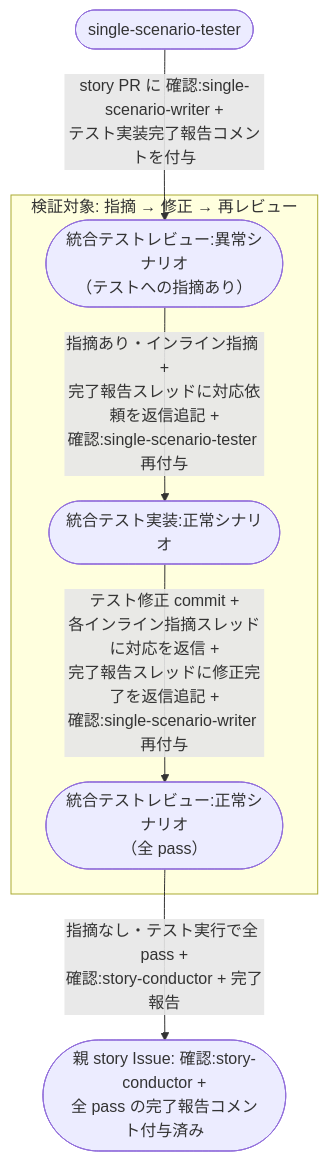
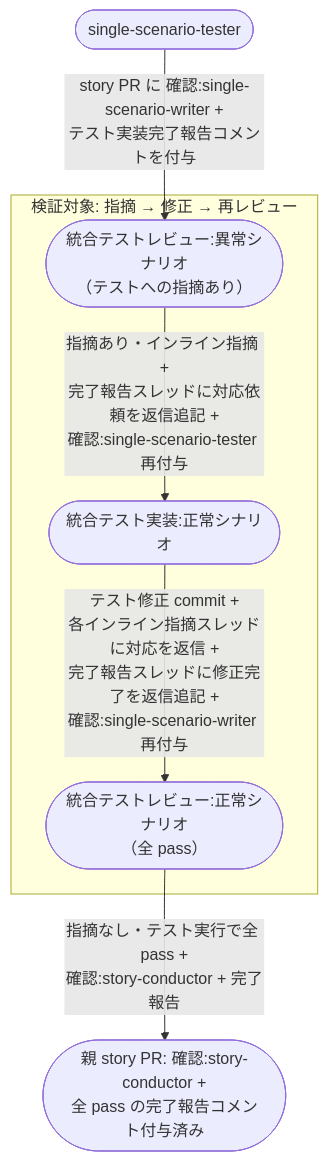
The diagram in docs/wiki/設計図/シナリオ/複合ユースケース/統合テストレビュー指摘からの修正.md (shuhei1101/ai-monitor), drawn with Mermaid before and after one commit. The commit also changed other lines of this file and 256 other files, not shown here.

````diff
--- a/docs/wiki/設計図/シナリオ/複合ユースケース/統合テストレビュー指摘からの修正.md
+++ b/docs/wiki/設計図/シナリオ/複合ユースケース/統合テストレビュー指摘からの修正.md
@@ -35,15 +35,15 @@
 ```mermaid
 flowchart TD
   A0([single-scenario-tester]) -->|story PR に 確認:single-scenario-writer +<br>テスト実装完了報告コメントを付与| UC1
 
   subgraph FOCUS["検証対象: 指摘 → 修正 → 再レビュー"]
     UC1([統合テストレビュー:異常シナリオ<br>（テストへの指摘あり）]) -->|指摘あり・インライン指摘 +<br>完了報告スレッドに対応依頼を返信追記 +<br>確認:single-scenario-tester 再付与| UC2([統合テスト実装:正常シナリオ])
     UC2 -->|テスト修正 commit +<br>各インライン指摘スレッドに対応を返信 +<br>完了報告スレッドに修正完了を返信追記 +<br>確認:single-scenario-writer 再付与| UC3([統合テストレビュー:正常シナリオ<br>（全 pass）])
   end
 
-  UC3 -->|指摘なし・テスト実行で全 pass +<br>確認:story-conductor + 完了報告| DONE([親 story Issue: 確認:story-conductor +<br>全 pass の完了報告コメント付与済み])
+  UC3 -->|指摘なし・テスト実行で全 pass +<br>確認:story-conductor + 完了報告| DONE([親 story PR: 確認:story-conductor +<br>全 pass の完了報告コメント付与済み])
 
   click UC1 "../単一ユースケース/統合テストレビュー.md#異常シナリオテストへの指摘あり"
   click UC2 "../単一ユースケース/統合テスト実装.md#正常シナリオ"
   click UC3 "../単一ユースケース/統合テストレビュー.md#正常シナリオ全-pass"
 ```
````
